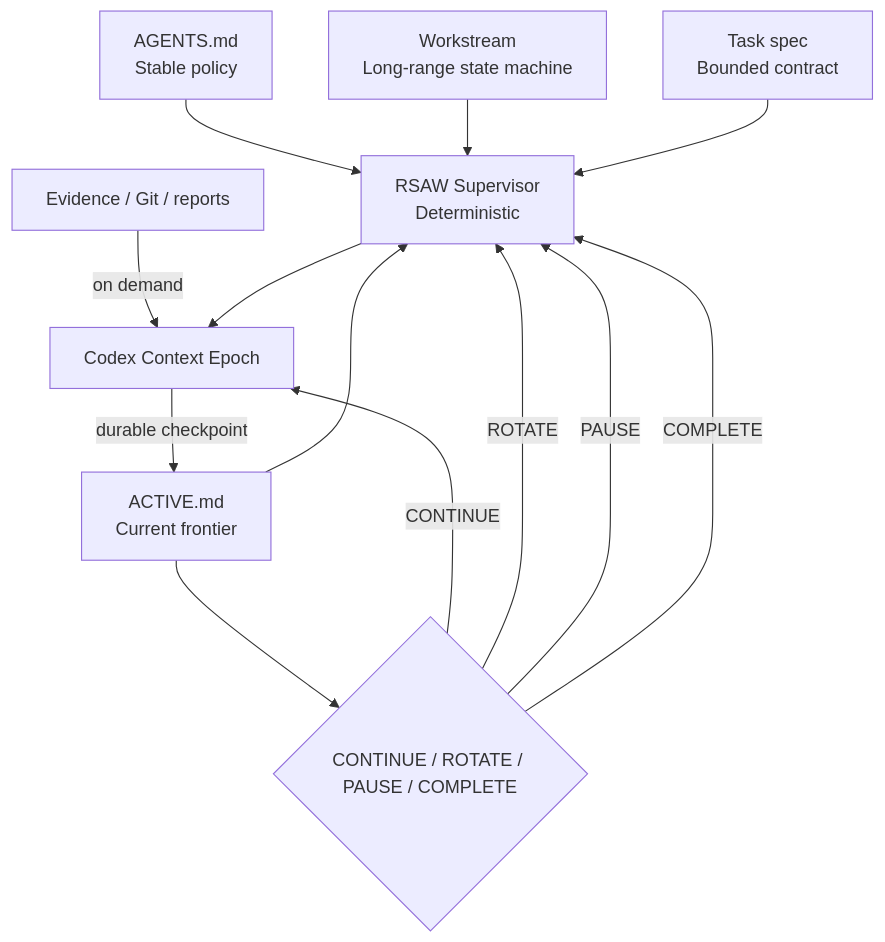
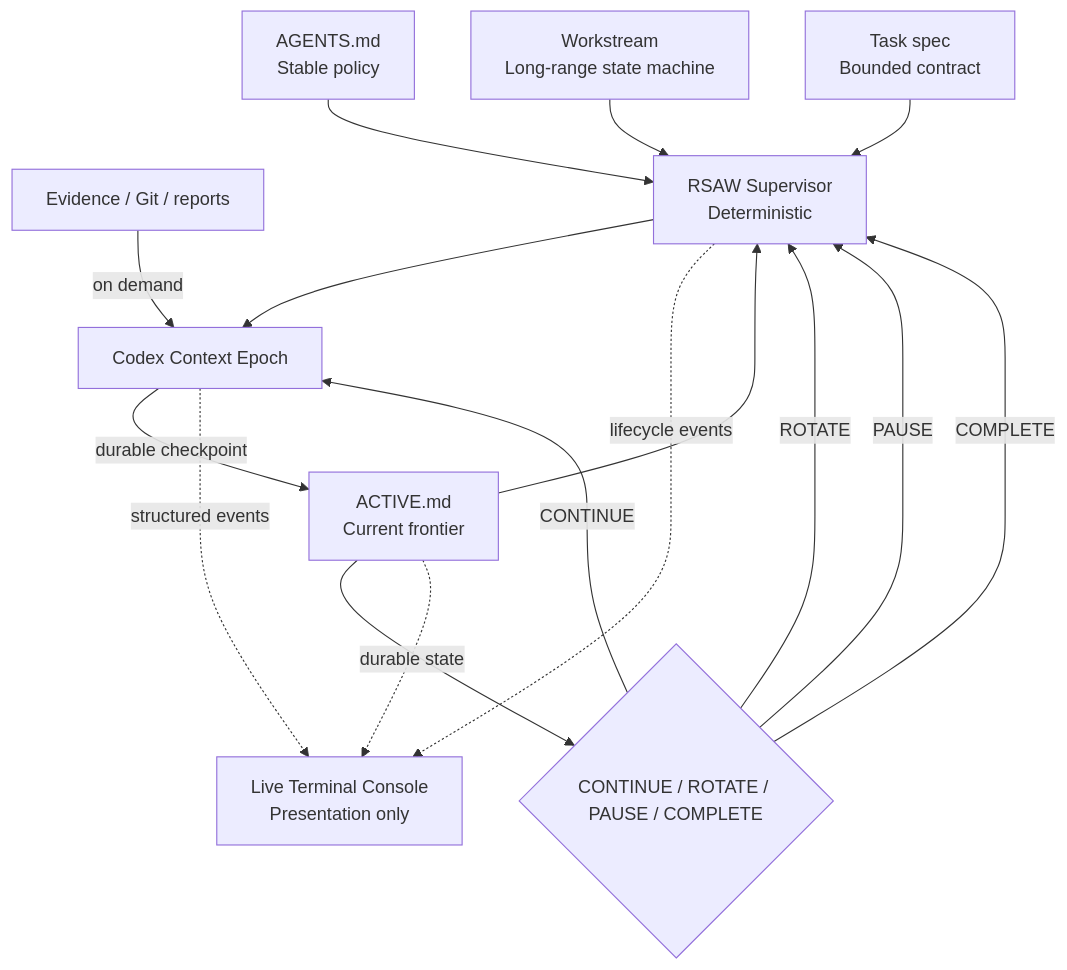
The diagram in docs/architecture.md (hanklin9188/repository-state-agent-workflow), drawn with Mermaid before and after one commit. The commit also changed other lines of this file and 31 other files, not shown here.

Commit message:
feat: add live terminal runtime console

````diff
--- a/docs/architecture.md
+++ b/docs/architecture.md
@@ -6,25 +6,29 @@
 ```mermaid
 flowchart TD
     P[AGENTS.md\nStable policy]
     W[Workstream\nLong-range state machine]
     A[ACTIVE.md\nCurrent frontier]
     T[Task spec\nBounded contract]
     E[Evidence / Git / reports]
 
     S[RSAW Supervisor\nDeterministic]
     C[Codex Context Epoch]
     G{CONTINUE / ROTATE / PAUSE / COMPLETE}
+    U[Live Terminal Console\nPresentation only]
 
     P --> S
     W --> S
     A --> S
     T --> S
     E -->|on demand| C
     S --> C
     C -->|durable checkpoint| A
     A --> G
     G -->|CONTINUE| C
     G -->|ROTATE| S
     G -->|PAUSE| S
     G -->|COMPLETE| S
+    C -. structured events .-> U
+    S -. lifecycle events .-> U
+    A -. durable state .-> U
 ```
````
